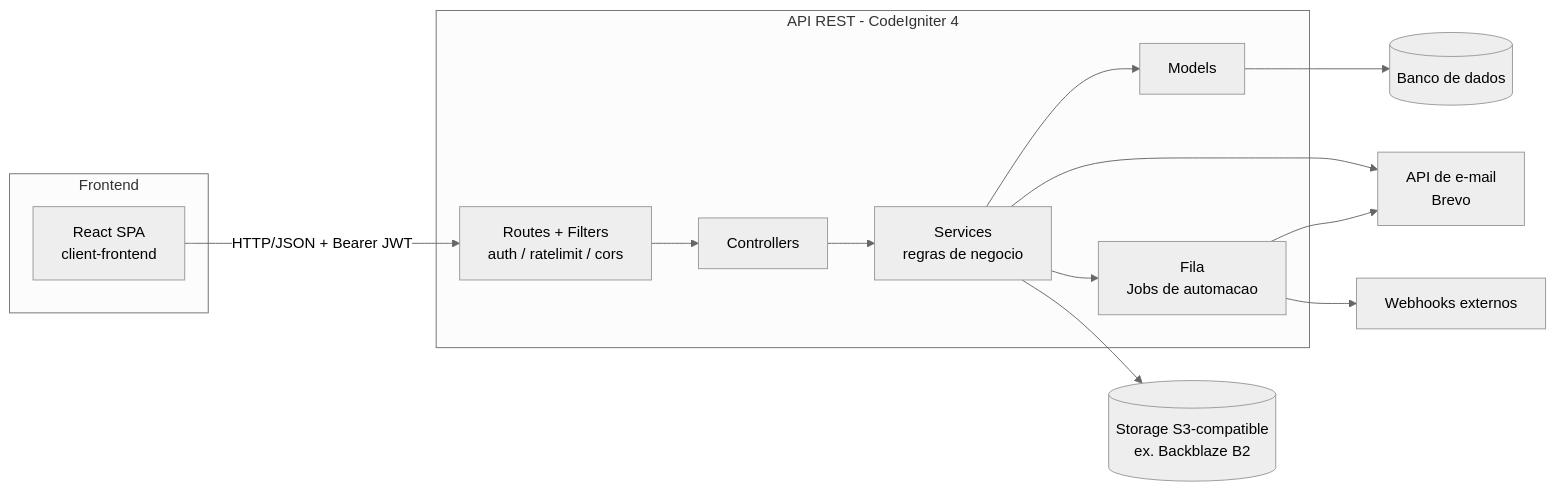
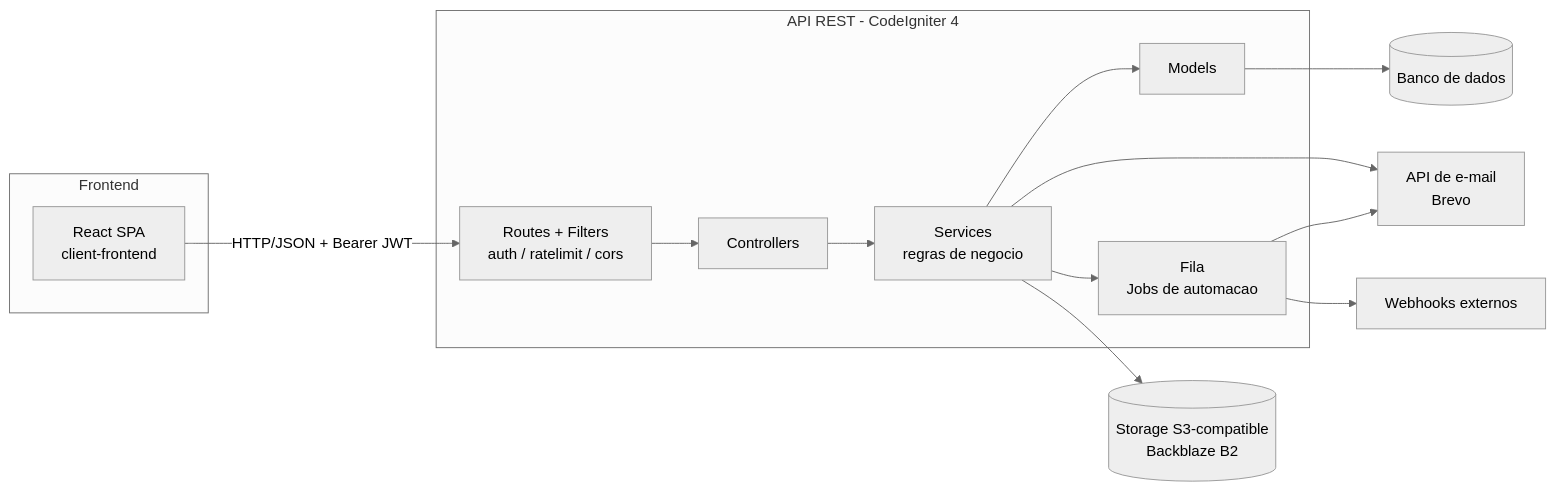
One commit to cauaresdev/Levit changed the first of 2 diagrams in README.md. Above: the diagram before and after it, drawn with Mermaid (neutral theme). The commit also changed other lines of this file, not shown here.

````diff
--- a/README.md
+++ b/README.md
@@ -81,26 +79,26 @@
 ```mermaid
 flowchart LR
     subgraph Frontend
         SPA[React SPA<br/>client-frontend]
     end
 
     subgraph Backend[API REST - CodeIgniter 4]
         Routes[Routes + Filters<br/>auth / ratelimit / cors]
         Controllers[Controllers]
         Services[Services<br/>regras de negocio]
         Models[Models]
         Queue[Fila<br/>Jobs de automacao]
     end
 
     DB[(Banco de dados)]
-    S3[(Storage S3-compatible<br/>ex. Backblaze B2)]
+    S3[(Storage S3-compatible<br/>Backblaze B2)]
     Email[API de e-mail<br/>Brevo]
 
     SPA -- HTTP/JSON + Bearer JWT --> Routes
     Routes --> Controllers --> Services --> Models --> DB
     Services --> Queue
     Queue --> Email
     Queue --> Webhook[Webhooks externos]
     Services --> S3
     Services --> Email
 ```
````
